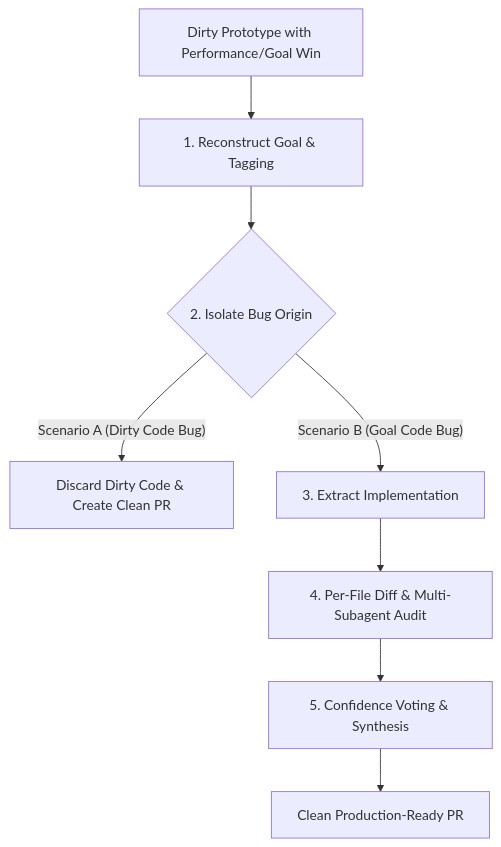
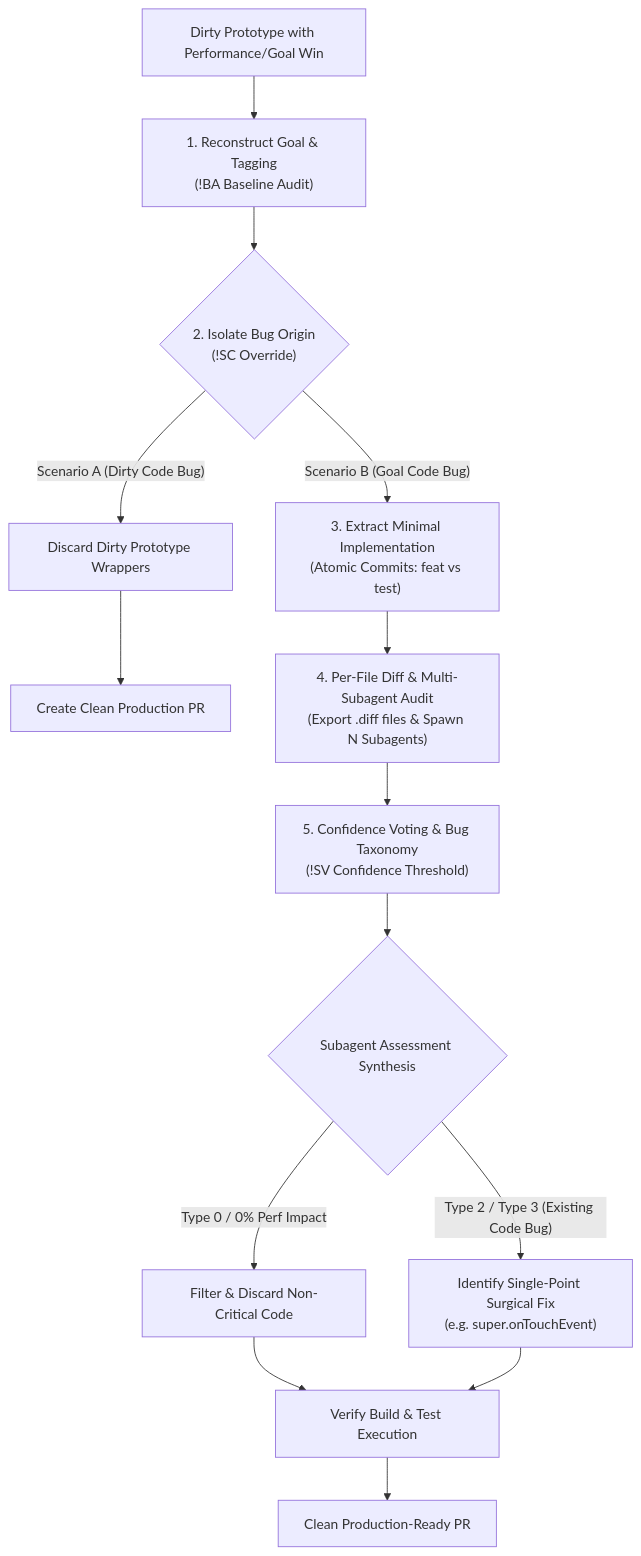
One commit to loerei/myskills changed the diagram in engineering/afterplay/SKILL.md. Above: the diagram before and after it, drawn with Mermaid.

Commit message:
feat(afterplay): update Mermaid diagram with full multi-branch decision tree and surgical fix verification path

````diff
--- a/engineering/afterplay/SKILL.md
+++ b/engineering/afterplay/SKILL.md
@@ -16,10 +16,23 @@
 ```mermaid
 flowchart TD
-    Start["Dirty Prototype with Performance/Goal Win"] --> Phase1["1. Reconstruct Goal & Tagging"]
-    Phase1 --> Phase2{"2. Isolate Bug Origin"}
-    Phase2 -->|"Scenario A (Dirty Code Bug)"| DoneA["Discard Dirty Code & Create Clean PR"]
-    Phase2 -->|"Scenario B (Goal Code Bug)"| Phase3["3. Extract Implementation"]
-    Phase3 --> Phase4["4. Per-File Diff & Multi-Subagent Audit"]
-    Phase4 --> Phase5["5. Confidence Voting & Synthesis"]
-    Phase5 --> DoneB["Clean Production-Ready PR"]
+    Start["Dirty Prototype with Performance/Goal Win"] --> Phase1["1. Reconstruct Goal & Tagging<br/>(!BA Baseline Audit)"]
+    
+    Phase1 --> Phase2{"2. Isolate Bug Origin<br/>(!SC<A|B> Override)"}
+    
+    Phase2 -->|"Scenario A (Dirty Code Bug)"| DiscardDirty["Discard Dirty Prototype Wrappers"] --> PR_Direct["Create Clean Production PR"]
+    
+    Phase2 -->|"Scenario B (Goal Code Bug)"| Phase3["3. Extract Minimal Implementation<br/>(Atomic Commits: feat vs test)"]
+    
+    Phase3 --> Phase4["4. Per-File Diff & Multi-Subagent Audit<br/>(Export .diff files & Spawn N Subagents)"]
+    
+    Phase4 --> Phase5["5. Confidence Voting & Bug Taxonomy<br/>(!SV<N> Confidence Threshold)"]
+    
+    Phase5 --> CheckType{"Subagent Assessment Synthesis"}
+    CheckType -->|"Type 0 / 0% Perf Impact"| StripCode["Filter & Discard Non-Critical Code"]
+    CheckType -->|"Type 2 / Type 3 (Existing Code Bug)"| SurgicalFix["Identify Single-Point Surgical Fix<br/>(e.g. super.onTouchEvent)"]
+    
+    StripCode --> Verify["Verify Build & Test Execution"]
+    SurgicalFix --> Verify
+    
+    Verify --> Done["Clean Production-Ready PR"]
 ```
````
